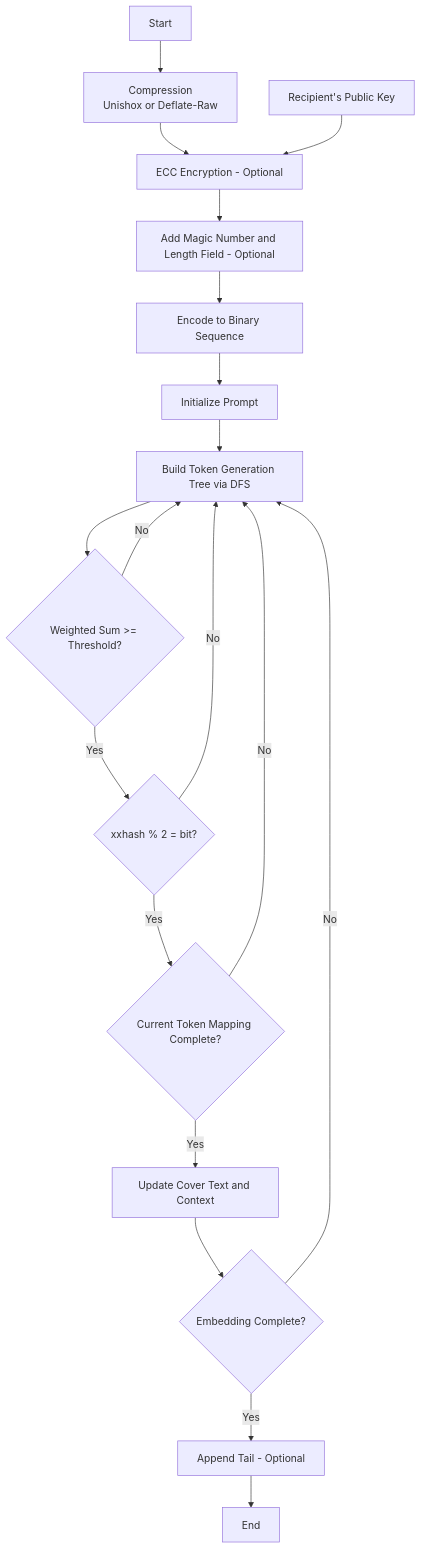
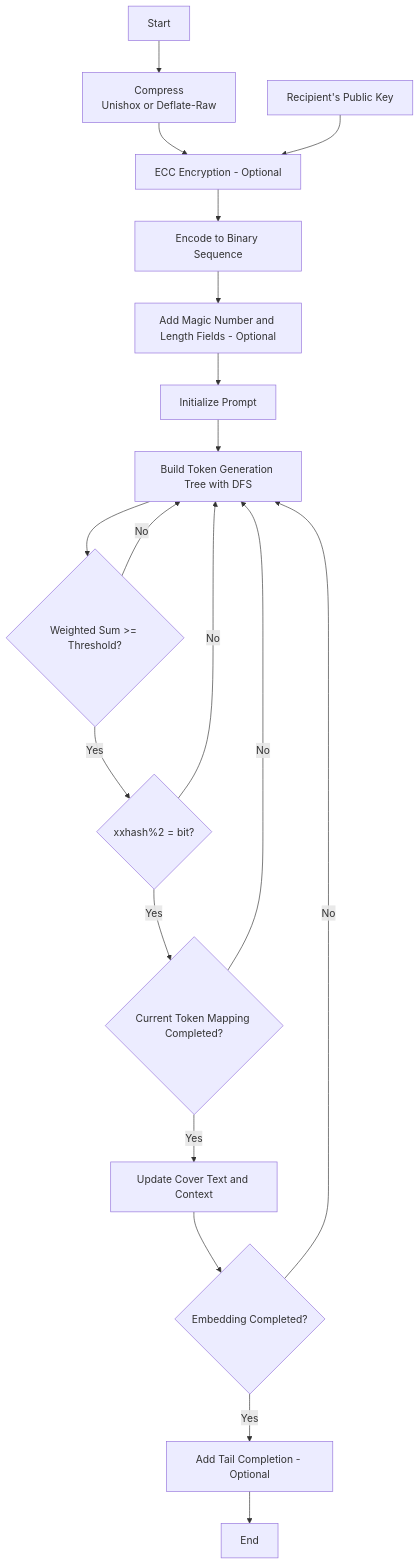
Before and after one commit to Rin313/StegLLM: the diagram in README_en.md, drawn with Mermaid. The commit also changed other lines of this file and 5 other files, not shown here.

````diff
--- a/README_en.md
+++ b/README_en.md
@@ -43,21 +60,21 @@
 ```mermaid
 flowchart TD
-    A[Start] --> compress[Compression<br>Unishox or Deflate-Raw]
-    compress --> encrypt[ECC Encryption - Optional]
-    public[Recipient's Public Key] --> encrypt
-    encrypt --> magicNum[Add Magic Number and Length Field - Optional]
-    magicNum --> base[Encode to Binary Sequence]
-    base --> prompt[Initialize Prompt]
-    prompt --> dfs[Build Token Generation Tree via DFS]
+    A[Start] --> compress[Compress<br>Unishox or Deflate-Raw];
+    compress --> encrypt[ECC Encryption - Optional];
+    public[Recipient's Public Key] -->encrypt;
+    encrypt --> base[Encode to Binary Sequence]
+base -->magicNum[Add Magic Number and Length Fields - Optional];
+    magicNum -->prompt[Initialize Prompt]
+    prompt-->dfs[Build Token Generation Tree with DFS]
     dfs --> weightsNum{Weighted Sum >= Threshold?}
-    weightsNum --> |Yes| mapping{xxhash % 2 = bit?}
-    weightsNum --> |No| dfs
-    mapping --> |Yes| mappingDone{Current Token Mapping Complete?}
-    mapping --> |No| dfs
-    mappingDone --> |Yes| coverText[Update Cover Text and Context]
-    mappingDone --> |No| dfs
-    coverText --> done{Embedding Complete?}
-    done --> |Yes| tail[Append Tail - Optional]
-    done --> |No| dfs
-    tail --> endd[End]
+    weightsNum --> |Yes|mapping{xxhash%2 = bit?}
+    weightsNum --> |No|dfs;
+mapping --> |Yes|mappingDone{Current Token Mapping Completed?}
+    mapping --> |No|dfs;
+    mappingDone -->|Yes|coverText[Update Cover Text and Context]
+    mappingDone -->|No|dfs;
+    coverText --> done{Embedding Completed?};
+    done -->|Yes|tail[Add Tail Completion - Optional];
+done -->|No|dfs;
+tail -->endd[End];
 ```
````
